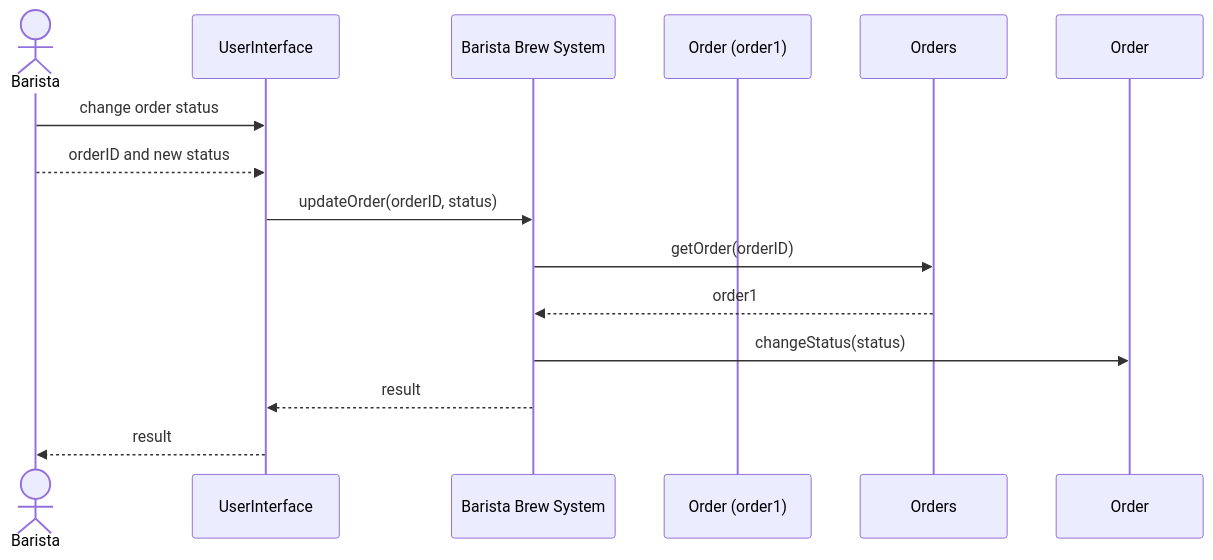
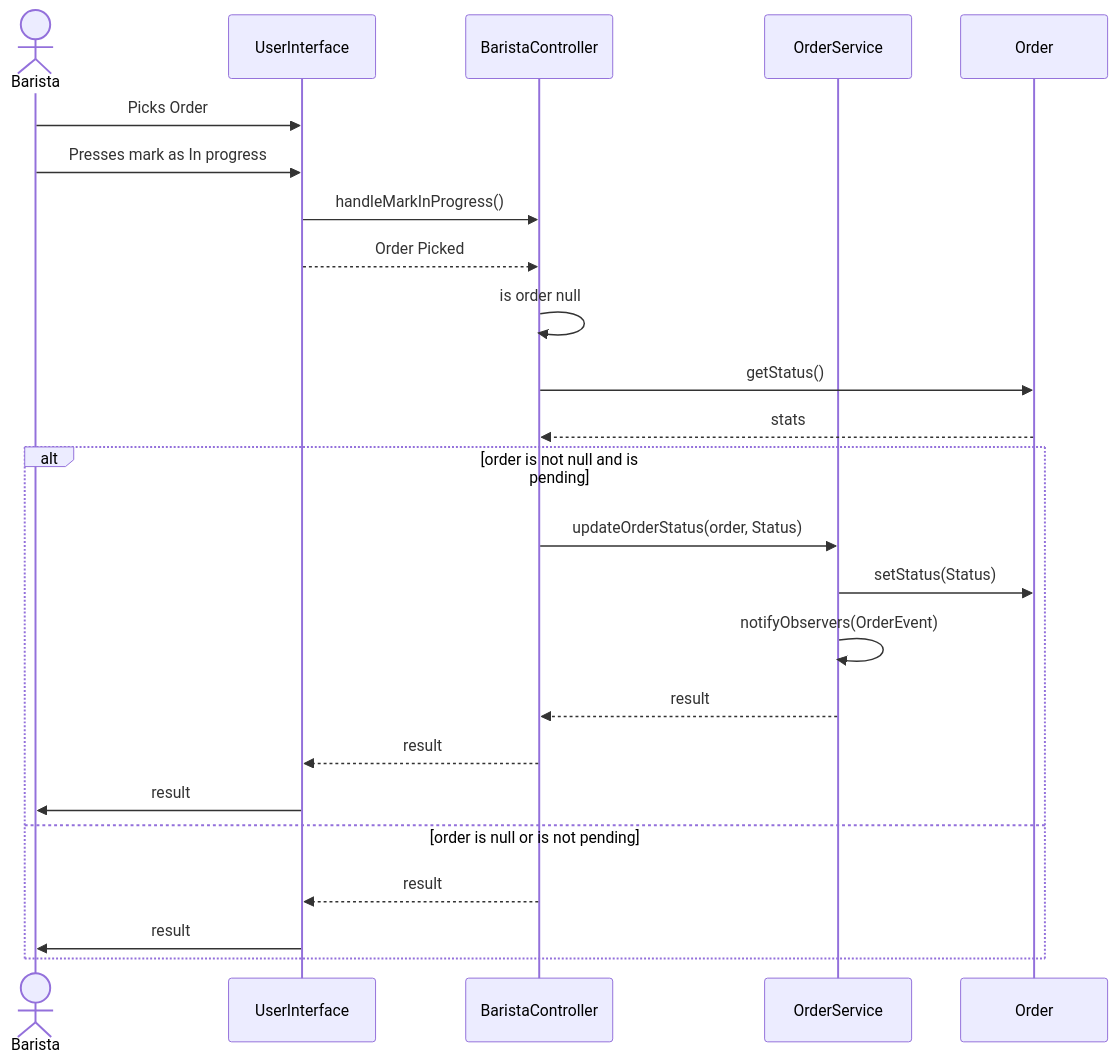
Before and after one commit to Elischmidtke/ics-372-group-project-elijah: the second of 3 diagrams in README.md, drawn with Mermaid. The commit also changed other lines of this file, not shown here.

````diff
--- a/README.md
+++ b/README.md
@@ -299,24 +231,30 @@
 ```mermaid
 sequenceDiagram
     actor Barista
     participant UI as UserInterface
-    participant BFS as Barista Brew System
-    participant O as Order (order1)
-    participant Orders as Orders
+    participant BFS as BaristaController
+    participant Orders as OrderService
+    participant O as Order
     %% Add more participants as needed
 
     %% Your diagram here
-    Barista ->>UI: change order status
-    Barista -->>UI: orderID and new status
-    UI ->>BFS: updateOrder(orderID, status)
-    BFS ->>Orders: getOrder(orderID)
-    Orders -->>BFS: order1
-    BFS ->>Order: changeStatus(status)
-    BFS -->>UI: result
-    UI -->>Barista: result
-	
-	
-    
-    
+    Barista ->>UI: Picks Order
+    Barista ->>UI: Presses mark as In progress
+    UI ->>BFS: handleMarkInProgress()
+    UI -->>BFS: Order Picked
+    BFS ->>BFS: is order null
+    BFS ->>O: getStatus()
+    O -->>BFS: stats 
+    alt order is not null and is pending
+	    BFS ->>Orders: updateOrderStatus(order, Status)
+	    Orders ->>O: setStatus(Status)
+	    Orders ->>Orders: notifyObservers(OrderEvent)
+	    Orders -->>BFS: result
+	    BFS -->>UI: result
+	    UI ->>Barista: result
+	else order is null or is not pending
+		BFS -->>UI: result
+	    UI ->>Barista: result
+	end
     
 ```
````
